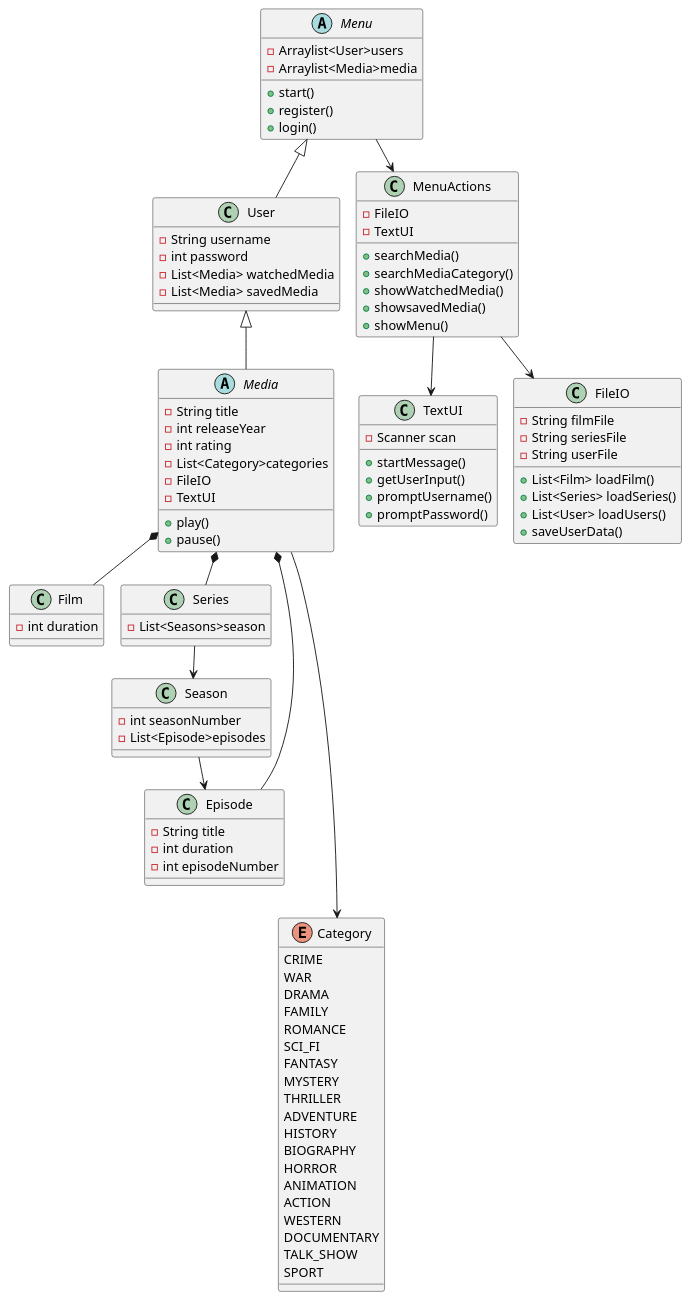
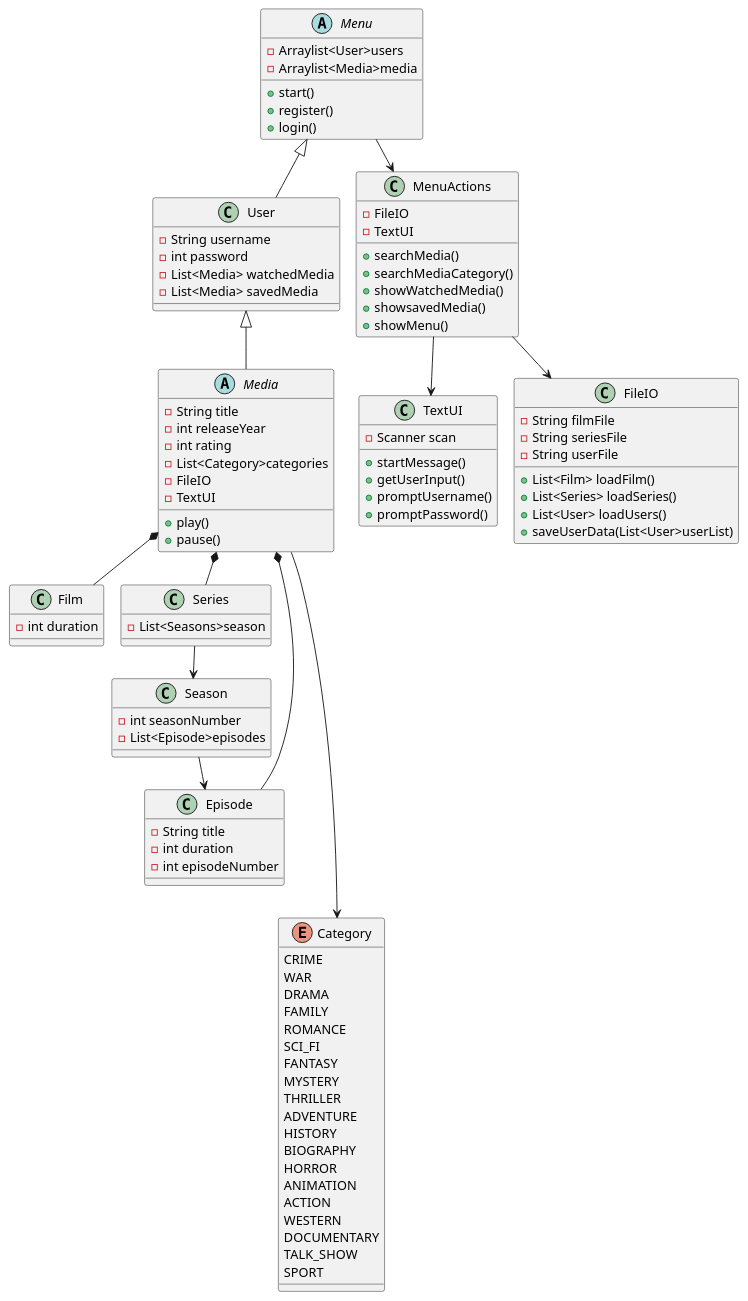
The diagram in doc/klassediagramv2.puml (Gabbyskii/SP3), drawn with PlantUML before and after one commit. The commit also changed 2 other files, not shown here.

```diff
--- a/doc/klassediagramv2.puml
+++ b/doc/klassediagramv2.puml
@@ -1,119 +1,119 @@
 @startuml
 !pragma layout smetana
 'https://plantuml.com/class-diagram
 
 abstract class Media{
 -String title
 -int releaseYear
 -int rating
 -List<Category>categories
 -FileIO
 -TextUI
 + play()
 + pause()
 }
 
 abstract class Menu{
 -Arraylist<User>users
 -Arraylist<Media>media
 + start()
 + register()
 + login()
 }
 
 class User{
 -String username
 -int password
 -List<Media> watchedMedia
 -List<Media> savedMedia
 }
 
 class Film{
 -int duration
 }
 
 class MenuActions{
 -FileIO
 -TextUI
 + searchMedia()
 + searchMediaCategory()
 + showWatchedMedia()
 + showsavedMedia()
 + showMenu()
 }
 
 class Series{
 -List<Seasons>season
 }
 class Season{
 -int seasonNumber
 -List<Episode>episodes
 }
 class Episode{
 -String title
 -int duration
 -int episodeNumber
 }
 
 enum Category{
 CRIME
  WAR
  DRAMA
  FAMILY
  ROMANCE
  SCI_FI
  FANTASY
  MYSTERY
  THRILLER
  ADVENTURE
  HISTORY
  BIOGRAPHY
  HORROR
  ANIMATION
  ACTION
  WESTERN
  DOCUMENTARY
  TALK_SHOW
  SPORT
 }
 
 class FileIO{
 - String filmFile
 - String seriesFile
 - String userFile
 + List<Film> loadFilm()
 + List<Series> loadSeries()
 + List<User> loadUsers()
-+ saveUserData()
++ saveUserData(List<User>userList)
 }
 
 class TextUI{
 - Scanner scan
 + startMessage()
 + getUserInput()
 + promptUsername()
 + promptPassword()
 }
 
 Media *-- Film
 Media *-- Series
 Series --> Season
 Season --> Episode
 User <|-- Media
 Menu <|-- User
 
 
 
 Menu --> MenuActions
 
 MenuActions --> FileIO
 MenuActions --> TextUI
 
 
 
 Episode --* Media
 Media -----> Category
 
 
 
 @enduml
```
